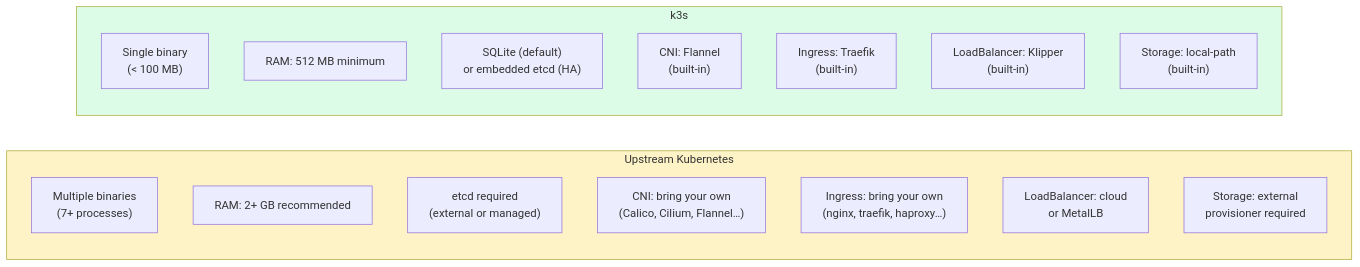
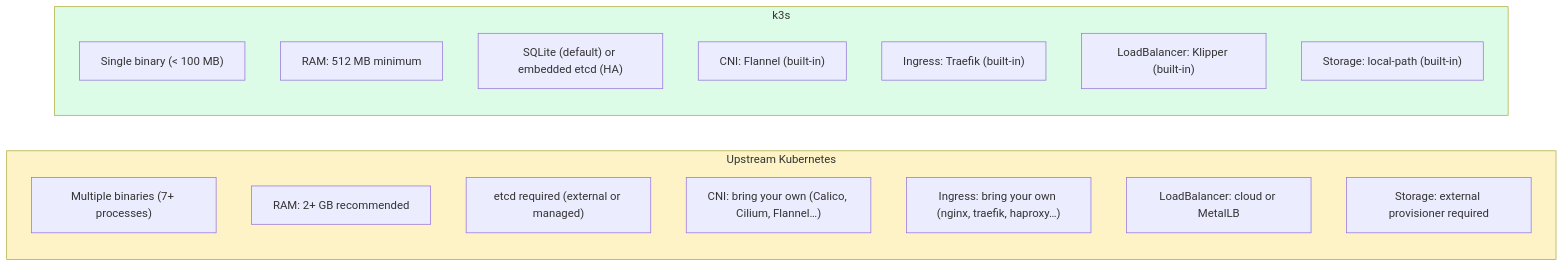
The first of 5 diagrams in 01_introduction/02_k3s_vs_k8s.md (UncleJS/course_k3s), drawn with Mermaid before and after one commit. The commit also changed other lines of this file and 57 other files, not shown here.

````diff
--- a/01_introduction/02_k3s_vs_k8s.md
+++ b/01_introduction/02_k3s_vs_k8s.md
@@ -22,23 +22,23 @@
 ```mermaid
 graph LR
     subgraph K8S["Upstream Kubernetes"]
-        k8s_bin["Multiple binaries\n(7+ processes)"]
+        k8s_bin["Multiple binaries (7+ processes)"]
         k8s_ram["RAM: 2+ GB recommended"]
-        k8s_etcd["etcd required\n(external or managed)"]
-        k8s_cni["CNI: bring your own\n(Calico, Cilium, Flannel…)"]
-        k8s_ing["Ingress: bring your own\n(nginx, traefik, haproxy…)"]
-        k8s_lb["LoadBalancer: cloud\nor MetalLB"]
-        k8s_str["Storage: external\nprovisioner required"]
+        k8s_etcd["etcd required (external or managed)"]
+        k8s_cni["CNI: bring your own (Calico, Cilium, Flannel…)"]
+        k8s_ing["Ingress: bring your own (nginx, traefik, haproxy…)"]
+        k8s_lb["LoadBalancer: cloud or MetalLB"]
+        k8s_str["Storage: external provisioner required"]
     end
     subgraph K3S["k3s"]
-        k3s_bin["Single binary\n(< 100 MB)"]
+        k3s_bin["Single binary (< 100 MB)"]
         k3s_ram["RAM: 512 MB minimum"]
-        k3s_etcd["SQLite (default)\nor embedded etcd (HA)"]
-        k3s_cni["CNI: Flannel\n(built-in)"]
-        k3s_ing["Ingress: Traefik\n(built-in)"]
-        k3s_lb["LoadBalancer: Klipper\n(built-in)"]
-        k3s_str["Storage: local-path\n(built-in)"]
+        k3s_etcd["SQLite (default) or embedded etcd (HA)"]
+        k3s_cni["CNI: Flannel (built-in)"]
+        k3s_ing["Ingress: Traefik (built-in)"]
+        k3s_lb["LoadBalancer: Klipper (built-in)"]
+        k3s_str["Storage: local-path (built-in)"]
     end
     style K3S fill:#dcfce7
     style K8S fill:#fef3c7
 ```
````
